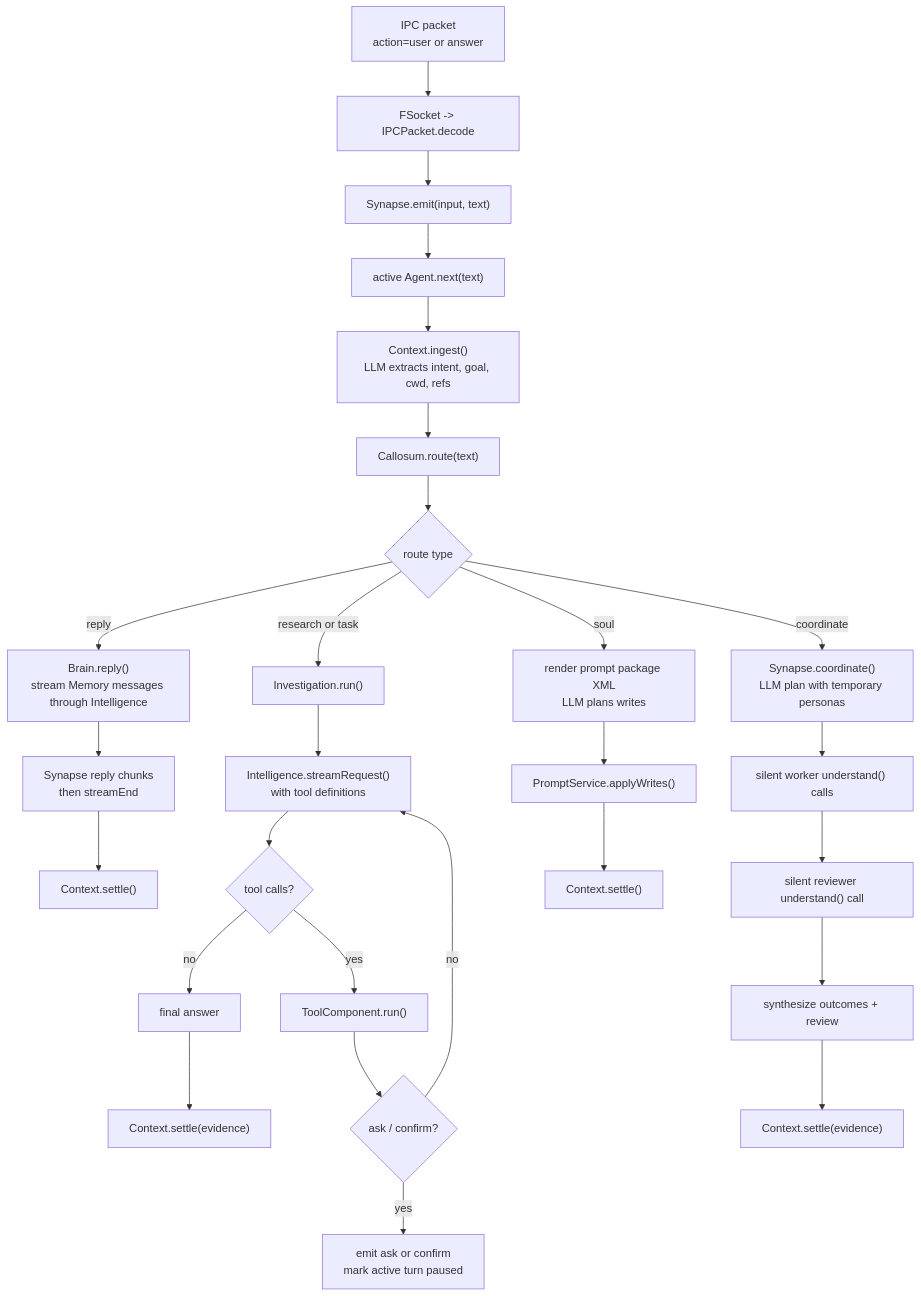
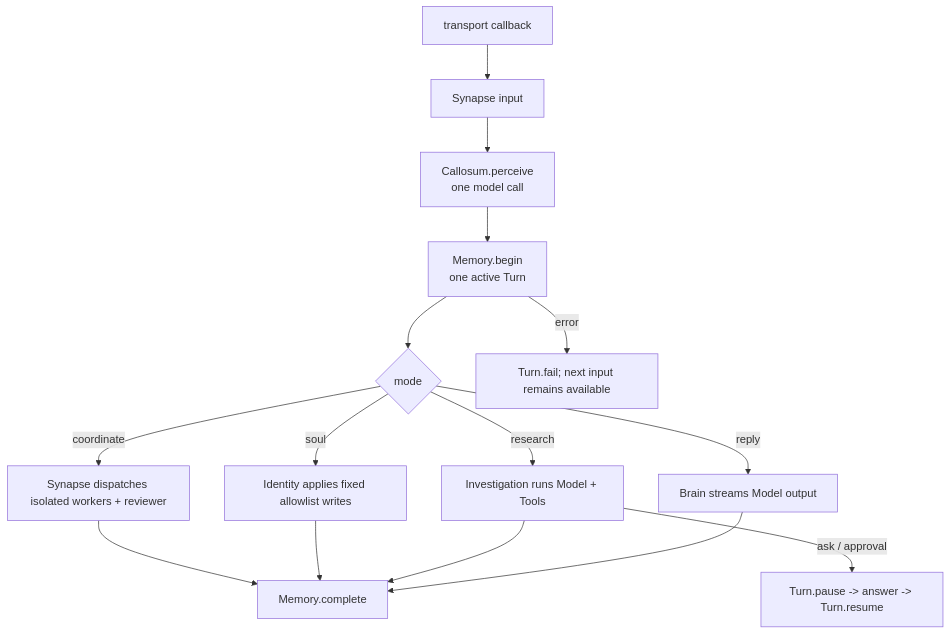
The second of 2 diagrams in README.md (flyflor/flyflor), drawn with Mermaid before and after one commit. The commit also changed other lines of this file and 5 other files, not shown here.

First line of the commit message:
docs: record the lifeform architecture

````diff
--- a/README.md
+++ b/README.md
@@ -74,33 +51,17 @@
 ```mermaid
 flowchart TD
-    User["IPC packet<br/>action=user or answer"] --> Decode["FSocket -> IPCPacket.decode"]
-    Decode --> Input["Synapse.emit(input, text)"]
-    Input --> AgentNext["active Agent.next(text)"]
-    AgentNext --> Ingest["Context.ingest()<br/>LLM extracts intent, goal, cwd, refs"]
-    Ingest --> Route["Callosum.route(text)"]
-
-    Route --> Choice{"route type"}
-    Choice -- reply --> Reply["Brain.reply()<br/>stream Memory messages through Intelligence"]
-    Reply --> ReplyOut["Synapse reply chunks<br/>then streamEnd"]
-    ReplyOut --> Settle1["Context.settle()"]
-
-    Choice -- research or task --> Research["Investigation.run()"]
-    Research --> LlmTools["Intelligence.streamRequest()<br/>with tool definitions"]
-    LlmTools --> HasAction{"tool calls?"}
-    HasAction -- no --> FinalAnswer["final answer"]
-    HasAction -- yes --> RunTool["ToolComponent.run()"]
-    RunTool --> Pause{"ask / confirm?"}
-    Pause -- yes --> UserPause["emit ask or confirm<br/>mark active turn paused"]
-    Pause -- no --> LlmTools
-    FinalAnswer --> Settle2["Context.settle(evidence)"]
-
-    Choice -- soul --> Soul["render prompt package XML<br/>LLM plans writes"]
-    Soul --> Apply["PromptService.applyWrites()"]
-    Apply --> Settle3["Context.settle()"]
-
-    Choice -- coordinate --> Coordinate["Synapse.coordinate()<br/>LLM plan with temporary personas"]
-    Coordinate --> Workers["silent worker understand() calls"]
-    Workers --> Review["silent reviewer understand() call"]
-    Review --> Synthesis["synthesize outcomes + review"]
-    Synthesis --> Settle4["Context.settle(evidence)"]
+    Input["transport callback"] --> Synapse["Synapse input"]
+    Synapse --> Perceive["Callosum.perceive<br/>one model call"]
+    Perceive --> Turn["Memory.begin<br/>one active Turn"]
+    Turn --> Mode{"mode"}
+    Mode -->|reply| Reply["Brain streams Model output"]
+    Mode -->|research| Research["Investigation runs Model + Tools"]
+    Mode -->|soul| Identity["Identity applies fixed allowlist writes"]
+    Mode -->|coordinate| Coordinate["Synapse dispatches isolated workers + reviewer"]
+    Reply --> Complete["Memory.complete"]
+    Research --> Complete
+    Identity --> Complete
+    Coordinate --> Complete
+    Research -->|ask / approval| Pause["Turn.pause -> answer -> Turn.resume"]
+    Turn -->|error| Fail["Turn.fail; next input remains available"]
 ```
````
